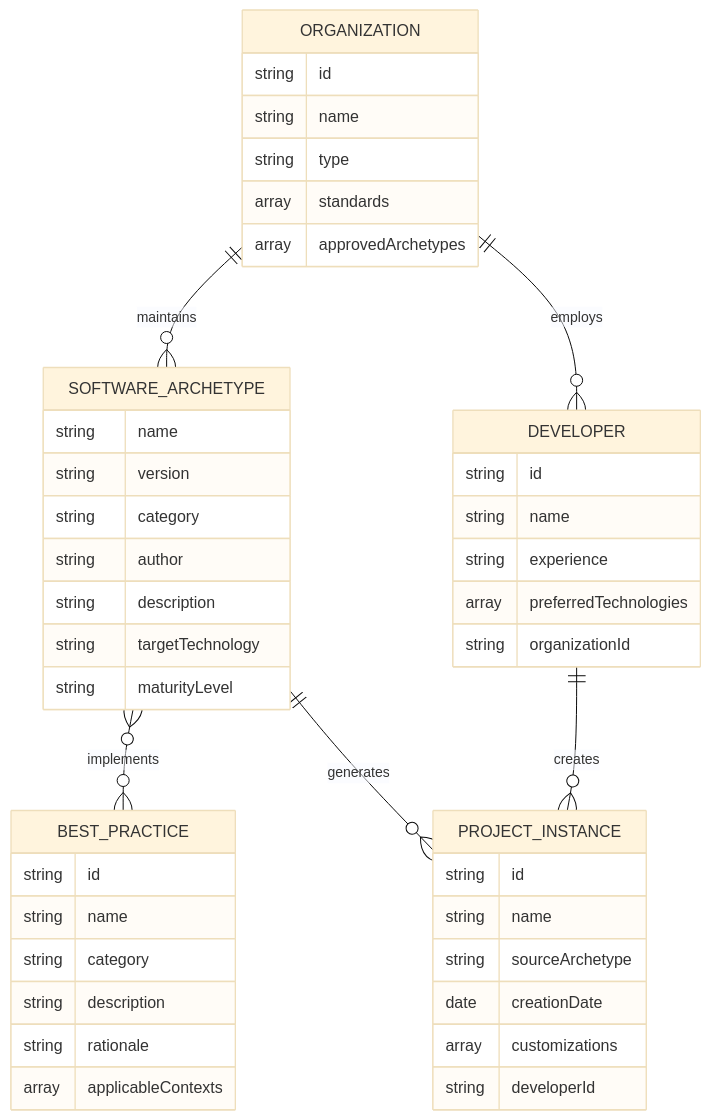
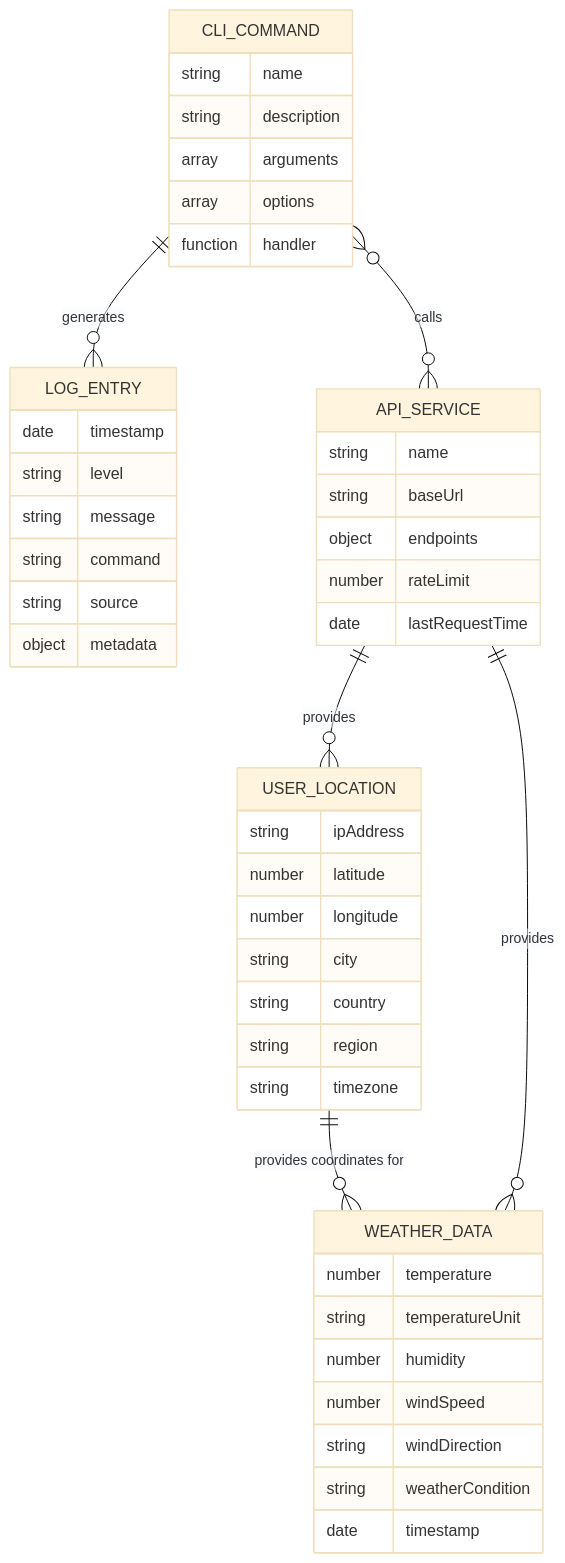
Before and after one commit to AIDDbot/ArchetypeNodeCLI: the diagram in docs/DOMAIN.md, drawn with Mermaid (base theme). The commit also changed other lines of this file, not shown here.

First line of the commit message:
docs: refactor DOMAIN to reflect weather information business domain

````diff
--- a/docs/DOMAIN.md
+++ b/docs/DOMAIN.md
@@ -138,48 +150,49 @@
 ```mermaid
 erDiagram
-    SOFTWARE_ARCHETYPE {
+    USER_LOCATION {
+        string ipAddress
+        number latitude
+        number longitude
+        string city
+        string country
+        string region
+        string timezone
+    }
+    WEATHER_DATA {
+        number temperature
+        string temperatureUnit
+        number humidity
+        number windSpeed
+        string windDirection
+        string weatherCondition
+        date timestamp
+    }
+    CLI_COMMAND {
         string name
-        string version
-        string category
-        string author
         string description
-        string targetTechnology
-        string maturityLevel
+        array arguments
+        array options
+        function handler
     }
-    DEVELOPER {
-        string id
+    LOG_ENTRY {
+        date timestamp
+        string level
+        string message
+        string command
+        string source
+        object metadata
+    }
+    API_SERVICE {
         string name
-        string experience
-        array preferredTechnologies
-        string organizationId
-    }
-    ORGANIZATION {
-        string id
-        string name
-        string type
-        array standards
-        array approvedArchetypes
-    }
-    PROJECT_INSTANCE {
-        string id
-        string name
-        string sourceArchetype
-        date creationDate
-        array customizations
-        string developerId
-    }
-    BEST_PRACTICE {
-        string id
-        string name
-        string category
-        string description
-        string rationale
-        array applicableContexts
+        string baseUrl
+        object endpoints
+        number rateLimit
+        date lastRequestTime
     }
 
-    DEVELOPER ||--o{ PROJECT_INSTANCE : creates
-    ORGANIZATION ||--o{ SOFTWARE_ARCHETYPE : maintains
-    SOFTWARE_ARCHETYPE }o--o{ BEST_PRACTICE : implements
-    SOFTWARE_ARCHETYPE ||--o{ PROJECT_INSTANCE : "generates"
-    ORGANIZATION ||--o{ DEVELOPER : employs
+    USER_LOCATION ||--o{ WEATHER_DATA : "provides coordinates for"
+    CLI_COMMAND ||--o{ LOG_ENTRY : generates
+    API_SERVICE ||--o{ USER_LOCATION : provides
+    API_SERVICE ||--o{ WEATHER_DATA : provides
+    CLI_COMMAND }o--o{ API_SERVICE : calls
 ```
````
